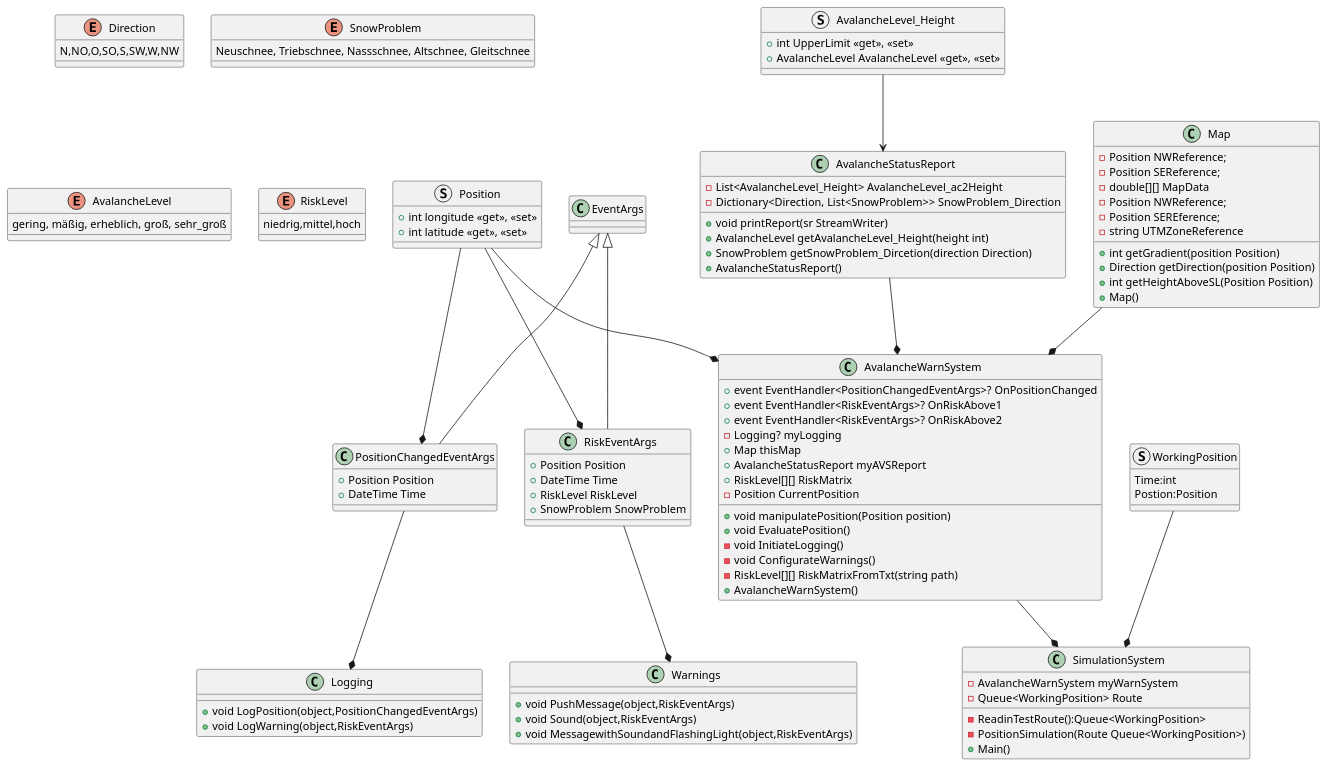
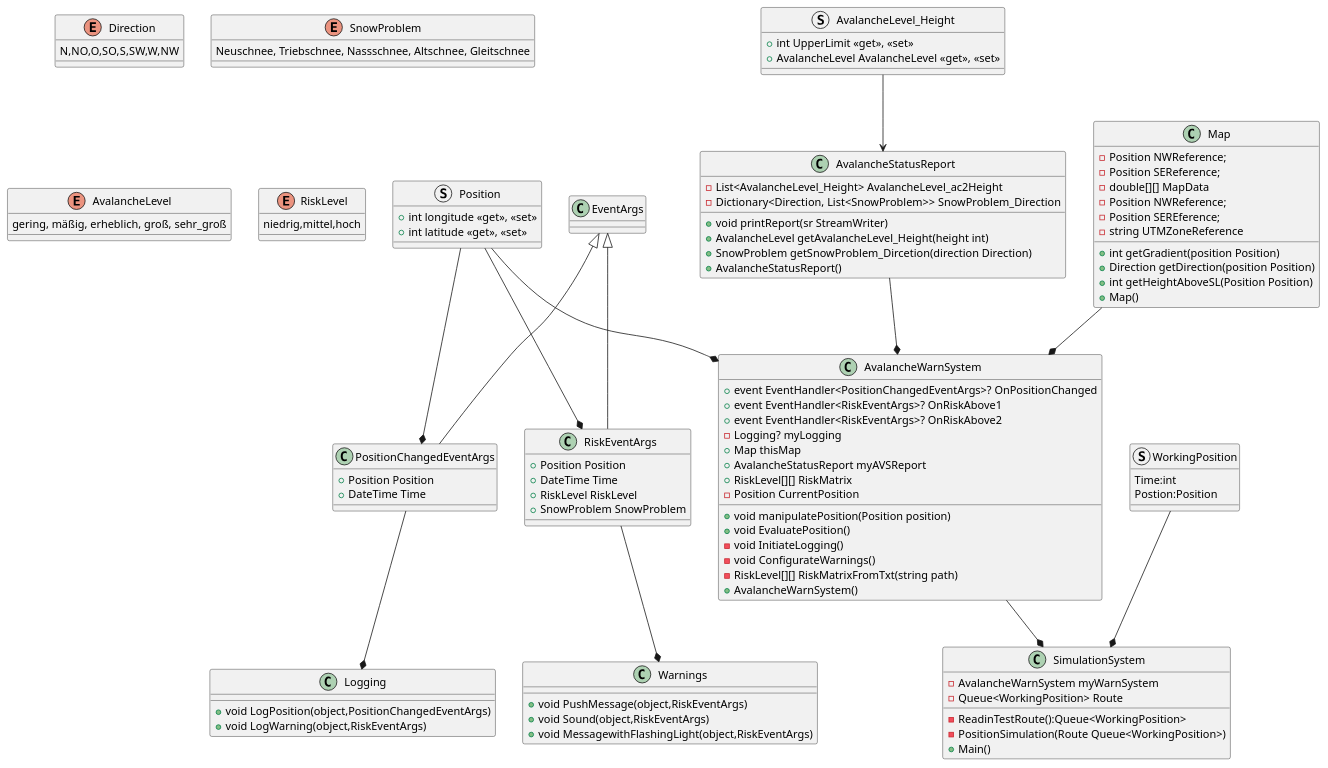
Before and after one commit to ganz-anders/poorgrammar: the diagram in ClassDiagram.puml, drawn with PlantUML. The commit also changed 1 other file, not shown here.

Commit message:
removed not needed Sound invocation and renamed Messagewith(Soundand)FlashingLigths Method method - renamed it

```diff
--- a/ClassDiagram.puml
+++ b/ClassDiagram.puml
@@ -1,130 +1,130 @@
 @startuml ClassDiagram
 enum Direction
 {
     N,NO,O,SO,S,SW,W,NW
 }
 
 enum SnowProblem
 {
     Neuschnee, Triebschnee, Nassschnee, Altschnee, Gleitschnee
 }
 
 enum AvalancheLevel
 {
     gering, mäßig, erheblich, groß, sehr_groß
 }
 
 enum RiskLevel
 {
     niedrig,mittel,hoch
 }
 
 struct Position
 {
     + int longitude <<get>>, <<set>>
     + int latitude <<get>>, <<set>>
 }
 
 struct AvalancheLevel_Height
 {
     + int UpperLimit <<get>>, <<set>>
     + AvalancheLevel AvalancheLevel <<get>>, <<set>>
 }
 
 class AvalancheStatusReport
 {
     - List<AvalancheLevel_Height> AvalancheLevel_ac2Height
     - Dictionary<Direction, List<SnowProblem>> SnowProblem_Direction
     + void printReport(sr StreamWriter)
     + AvalancheLevel getAvalancheLevel_Height(height int)
     + SnowProblem getSnowProblem_Dircetion(direction Direction)
     + AvalancheStatusReport()
 }
 
 class Map
 {
     - Position NWReference;
     - Position SEReference;
     - double[][] MapData
     - Position NWReference;
     - Position SEREference;
     - string UTMZoneReference
     + int getGradient(position Position)
     + Direction getDirection(position Position)
     + int getHeightAboveSL(Position Position)
     + Map()
 }
 
 class Warnings
 {
     + void PushMessage(object,RiskEventArgs)
     + void Sound(object,RiskEventArgs)
-    + void MessagewithSoundandFlashingLight(object,RiskEventArgs)
+    + void MessagewithFlashingLight(object,RiskEventArgs)
 }
 
 class Logging
 {
     + void LogPosition(object,PositionChangedEventArgs)
     + void LogWarning(object,RiskEventArgs)
 }
 
 class PositionChangedEventArgs
 {
     + Position Position
     + DateTime Time
 }
 
 class RiskEventArgs
 {
     + Position Position
     + DateTime Time
     + RiskLevel RiskLevel
     + SnowProblem SnowProblem
 }
 
 class AvalancheWarnSystem
 {
     + event EventHandler<PositionChangedEventArgs>? OnPositionChanged
     + event EventHandler<RiskEventArgs>? OnRiskAbove1
     + event EventHandler<RiskEventArgs>? OnRiskAbove2
     - Logging? myLogging
     + Map thisMap
     + AvalancheStatusReport myAVSReport
     + RiskLevel[][] RiskMatrix
     - Position CurrentPosition 
     + void manipulatePosition(Position position)
     + void EvaluatePosition()
     - void InitiateLogging()
     - void ConfigurateWarnings()
     - RiskLevel[][] RiskMatrixFromTxt(string path)
     + AvalancheWarnSystem()
 }
 
 struct WorkingPosition
 {
     Time:int
     Postion:Position    
 }
 class SimulationSystem
 {
     - AvalancheWarnSystem myWarnSystem
     - Queue<WorkingPosition> Route
     - ReadinTestRoute():Queue<WorkingPosition>
     - PositionSimulation(Route Queue<WorkingPosition>)
     + Main()
 }
 
 RiskEventArgs --* Warnings
 PositionChangedEventArgs --* Logging
 EventArgs <|-- RiskEventArgs
 EventArgs <|-- PositionChangedEventArgs
 AvalancheLevel_Height --> AvalancheStatusReport
 Position --* RiskEventArgs
 Position --* PositionChangedEventArgs
 Position --* AvalancheWarnSystem
 AvalancheStatusReport --* AvalancheWarnSystem
 Map --* AvalancheWarnSystem
 AvalancheWarnSystem --* SimulationSystem
 WorkingPosition --* SimulationSystem
 
 @enduml
```
